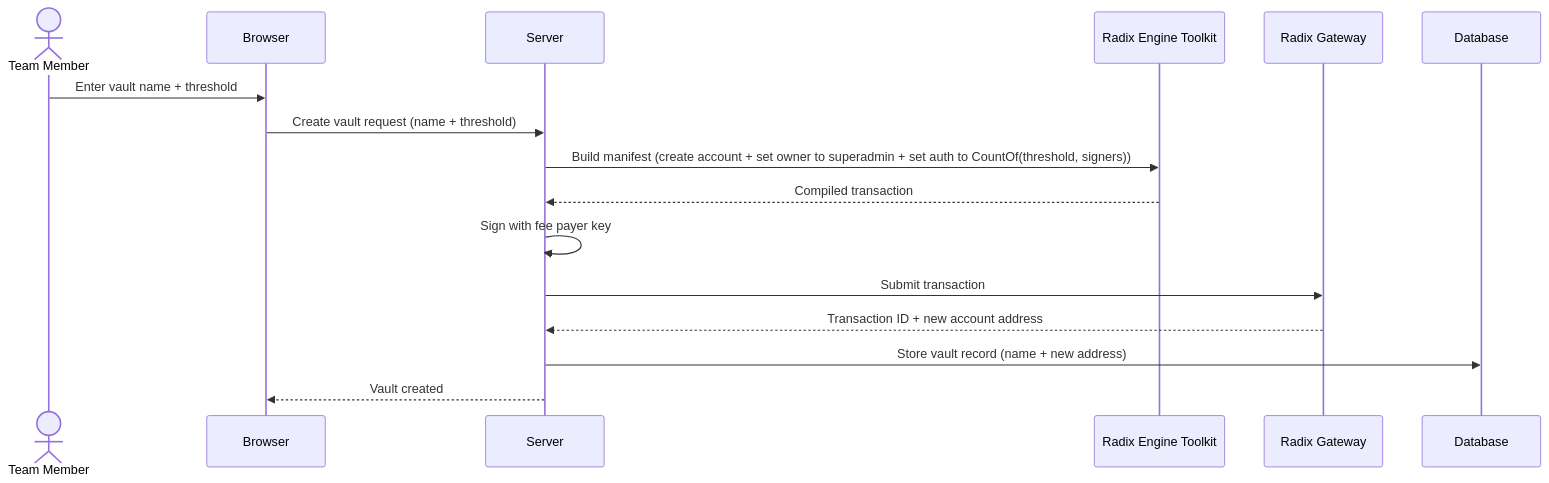
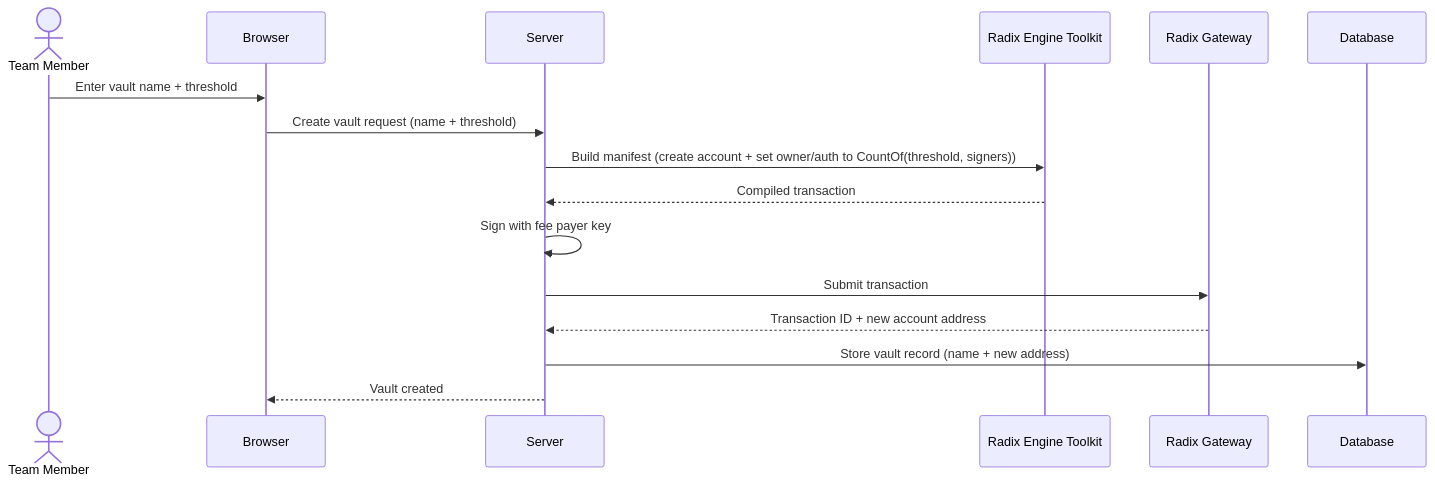
Before and after one commit to xstelea/radix-vaults: the third of 8 diagrams in docs/PRODUCT_SCOPE.md, drawn with Mermaid. The commit also changed other lines of this file and 1 other file, not shown here.

````diff
--- a/docs/PRODUCT_SCOPE.md
+++ b/docs/PRODUCT_SCOPE.md
@@ -172,19 +167,19 @@
 ```mermaid
 sequenceDiagram
     actor U as Team Member
     participant B as Browser
     participant S as Server
     participant RTK as Radix Engine Toolkit
     participant GW as Radix Gateway
     participant DB as Database
 
     U->>B: Enter vault name + threshold
     B->>S: Create vault request (name + threshold)
-    S->>RTK: Build manifest (create account + set owner to superadmin + set auth to CountOf(threshold, signers))
+    S->>RTK: Build manifest (create account + set owner/auth to CountOf(threshold, signers))
     RTK-->>S: Compiled transaction
     S->>S: Sign with fee payer key
     S->>GW: Submit transaction
     GW-->>S: Transaction ID + new account address
     S->>DB: Store vault record (name + new address)
     S-->>B: Vault created
 ```
````
